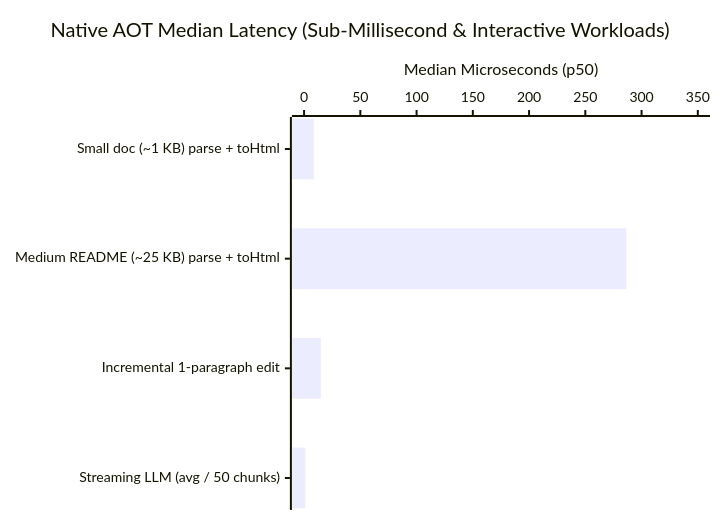
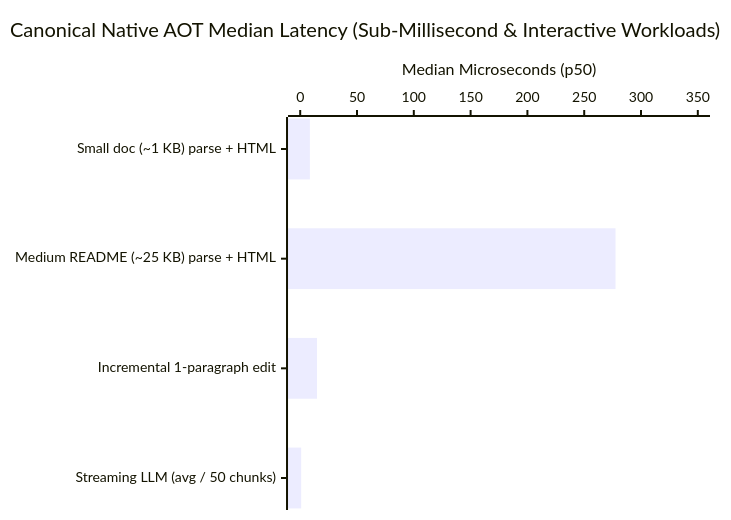
Before and after one commit to tkinnis/markdown_engine: the first of 2 diagrams in doc/BENCHMARKS.md, drawn with Mermaid. The commit also changed other lines of this file and 25 other files, not shown here.

````diff
--- a/doc/BENCHMARKS.md
+++ b/doc/BENCHMARKS.md
@@ -50,7 +76,7 @@
 ```mermaid
 xychart-beta horizontal
-    title "Native AOT Median Latency (Sub-Millisecond & Interactive Workloads)"
-    x-axis ["Small doc (~1 KB) parse + toHtml", "Medium README (~25 KB) parse + toHtml", "Incremental 1-paragraph edit", "Streaming LLM (avg / 50 chunks)"]
+    title "Canonical Native AOT Median Latency (Sub-Millisecond & Interactive Workloads)"
+    x-axis ["Small doc (~1 KB) parse + HTML", "Medium README (~25 KB) parse + HTML", "Incremental 1-paragraph edit", "Streaming LLM (avg / 50 chunks)"]
     y-axis "Median Microseconds (p50)" 0 --> 350
-    bar [8.68, 286.44, 14.92, 1.10]
+    bar [8.52, 277.56, 14.76, 0.86]
 ```
````
